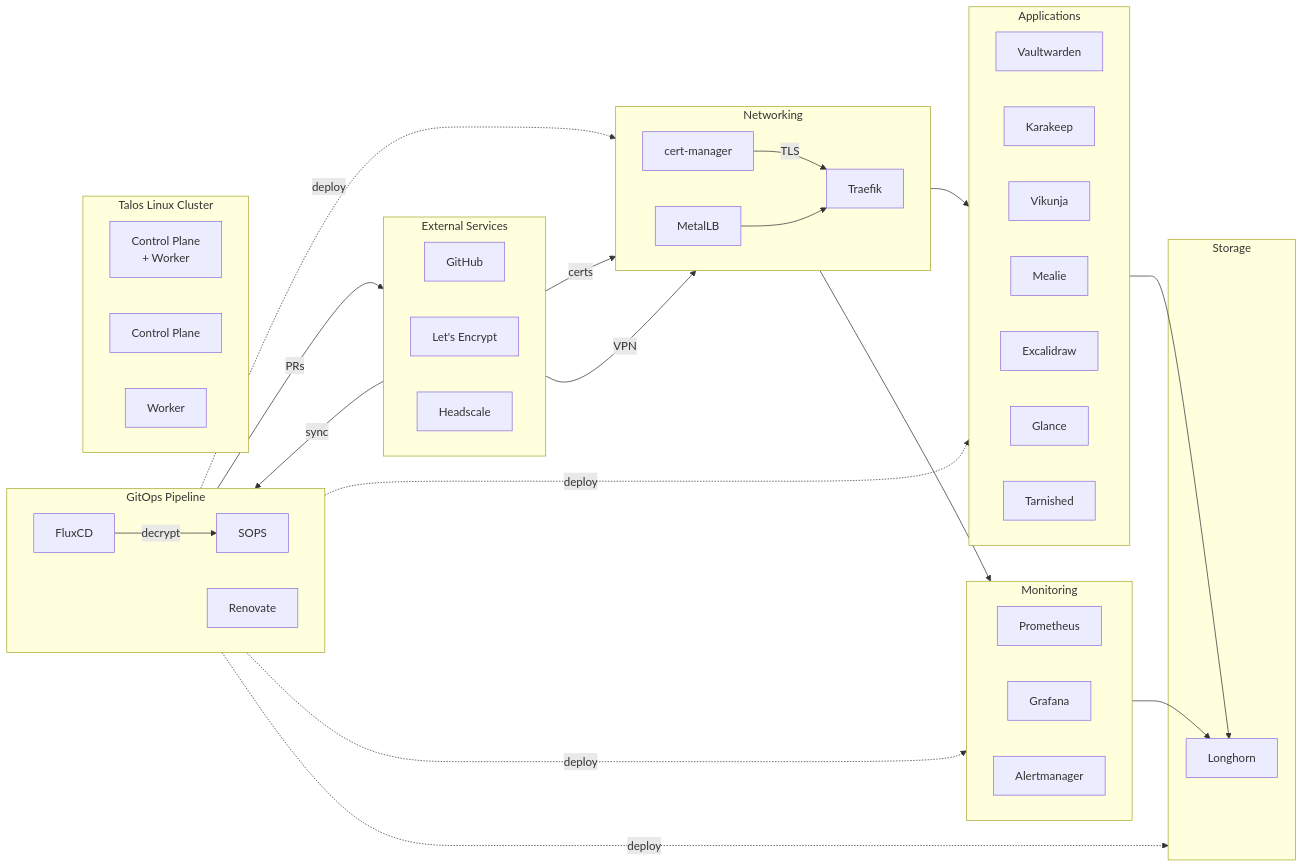
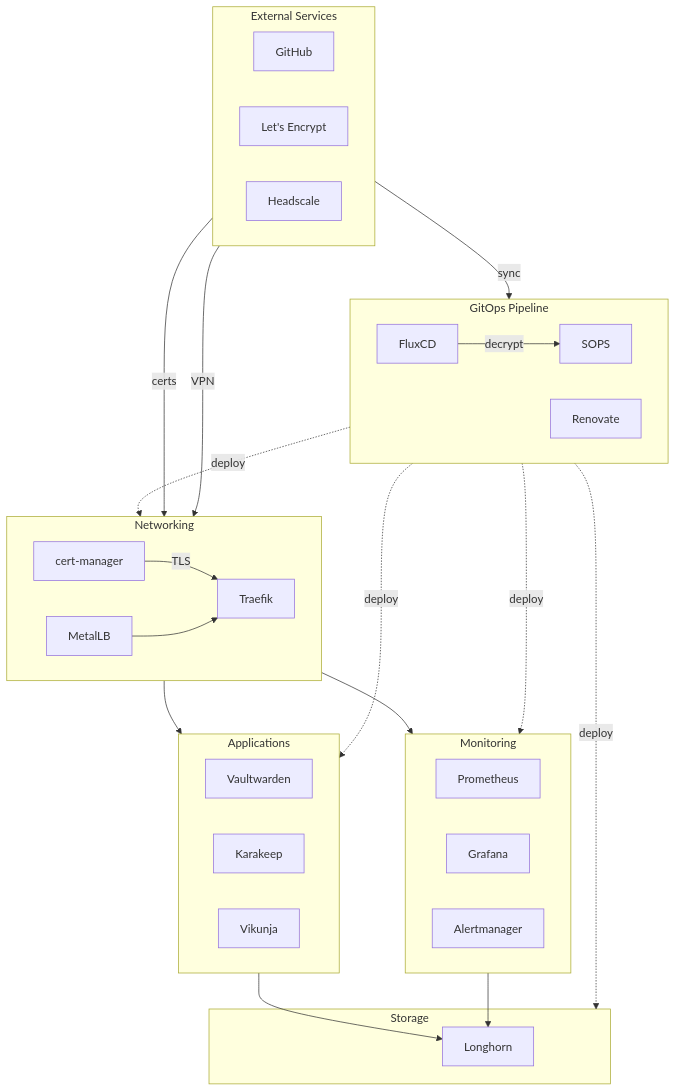
The diagram in README.md (markoonakic/homelab), drawn with Mermaid before and after one commit.

Commit message:
Simplify README diagram: TD layout, remove cluster, reduce apps to 3, cleaner arrow flow

````diff
--- a/README.md
+++ b/README.md
@@ -15,68 +15,54 @@
 ```mermaid
-flowchart LR
+flowchart TD
     subgraph external["External Services"]
         direction LR
         github[GitHub]
         letsencrypt[Let's Encrypt]
         headscale[Headscale]
     end
 
     subgraph gitops["GitOps Pipeline"]
         direction LR
         flux[FluxCD]
         sops[SOPS]
         renovate[Renovate]
     end
 
     subgraph net["Networking"]
         direction LR
         certmanager[cert-manager]
         traefik[Traefik]
         metallb[MetalLB]
     end
 
-    subgraph apps["Applications"]
-        direction LR
-        vaultwarden[Vaultwarden]
-        karakeep[Karakeep]
-        vikunja[Vikunja]
-        mealie[Mealie]
-        excalidraw[Excalidraw]
-        glance[Glance]
-        tarnished[Tarnished]
+    subgraph stor["Storage"]
+        longhorn[Longhorn]
     end
 
     subgraph mon["Monitoring"]
-        direction LR
         prometheus[Prometheus]
         grafana[Grafana]
         alertmanager[Alertmanager]
     end
 
-    subgraph stor["Storage"]
-        longhorn[Longhorn]
+    subgraph apps["Applications"]
+        vaultwarden[Vaultwarden]
+        karakeep[Karakeep]
+        vikunja[Vikunja]
     end
 
-    subgraph infra["Talos Linux Cluster"]
-        direction LR
-        node1[Control Plane<br/>+ Worker]
-        node2[Control Plane]
-        node3[Worker]
-    end
-
-    renovate -->|PRs| github
     github -->|sync| flux
     flux -->|decrypt| sops
     flux -.->|deploy| net
-    flux -.->|deploy| apps
-    flux -.->|deploy| mon
-    flux -.->|deploy| stor
     letsencrypt -->|certs| certmanager
     certmanager -->|TLS| traefik
     headscale -->|VPN| traefik
     metallb --> traefik
     traefik --> apps
-    traefik --> mon
+    flux -.->|deploy| apps
+    flux -.->|deploy| mon
+    flux -.->|deploy| stor
     apps --> longhorn
     mon --> longhorn
+    traefik --> mon
 ```
````
